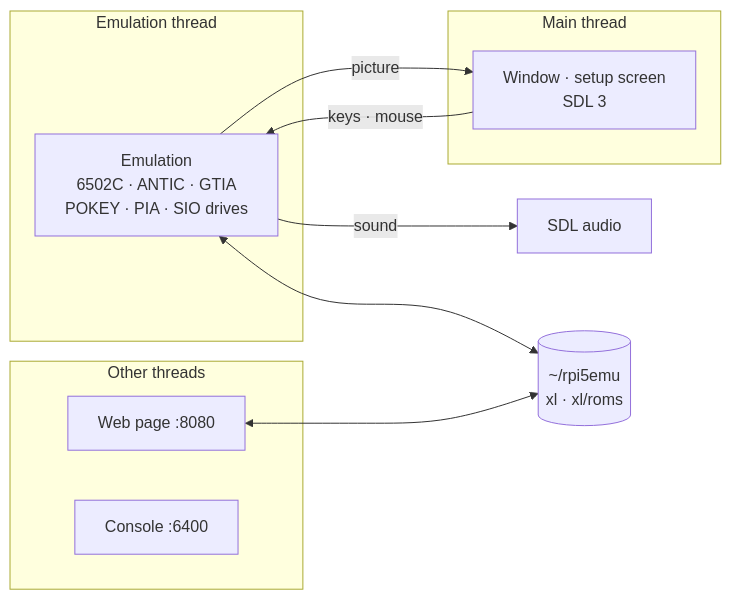
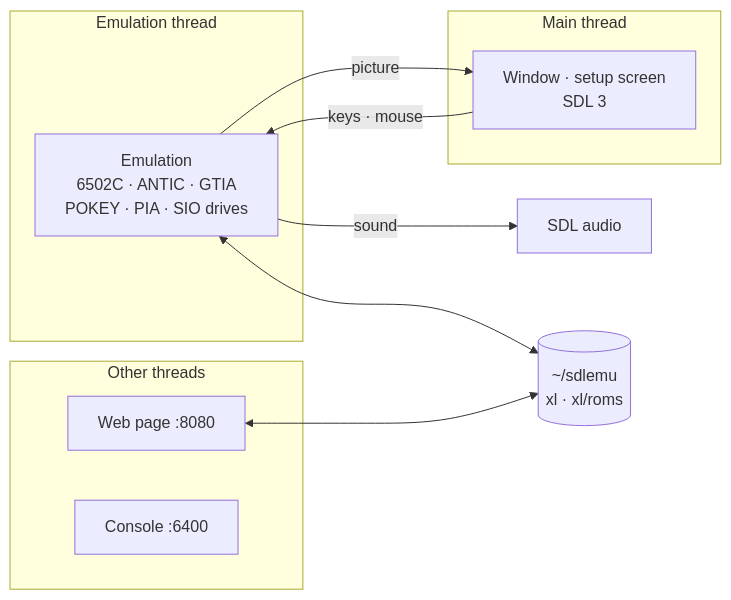
The diagram in README.md (rlucencic/sdlxl), drawn with Mermaid before and after one commit. The commit also changed other lines of this file and 3 other files, not shown here.

````diff
--- a/README.md
+++ b/README.md
@@ -172,19 +169,19 @@
 ```mermaid
 flowchart LR
   subgraph emu [Emulation thread]
     EMU["Emulation<br>6502C · ANTIC · GTIA<br>POKEY · PIA · SIO drives"]
   end
   subgraph main [Main thread]
     WIN["Window · setup screen<br>SDL 3"]
   end
   subgraph others [Other threads]
     WEB[Web page :8080]
     CON[Console :6400]
   end
   EMU -- picture --> WIN
   EMU -- sound --> SND[SDL audio]
   WIN -- keys · mouse --> EMU
-  DATA[("~/rpi5emu<br>xl · xl/roms")]
+  DATA[("~/sdlemu<br>xl · xl/roms")]
   EMU <--> DATA
   WEB <--> DATA
 ```
````
